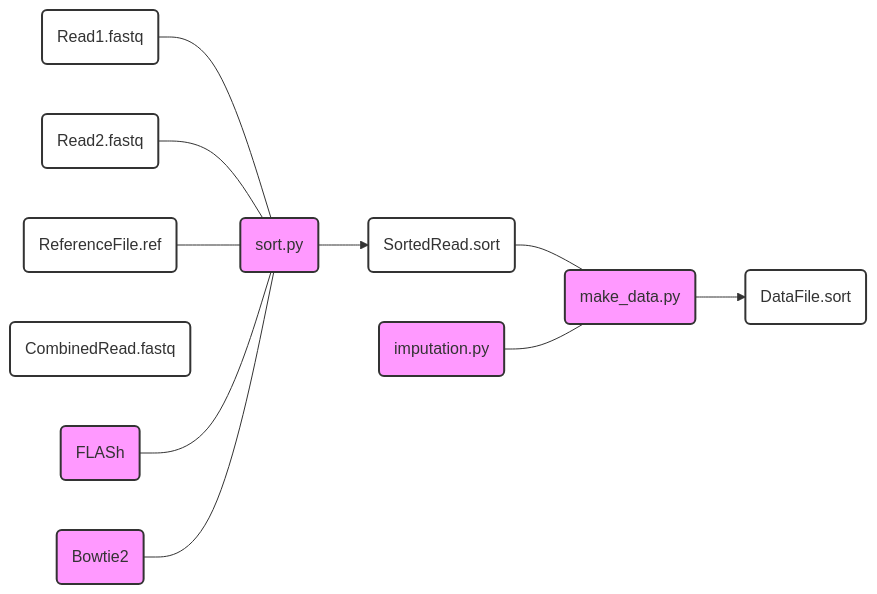
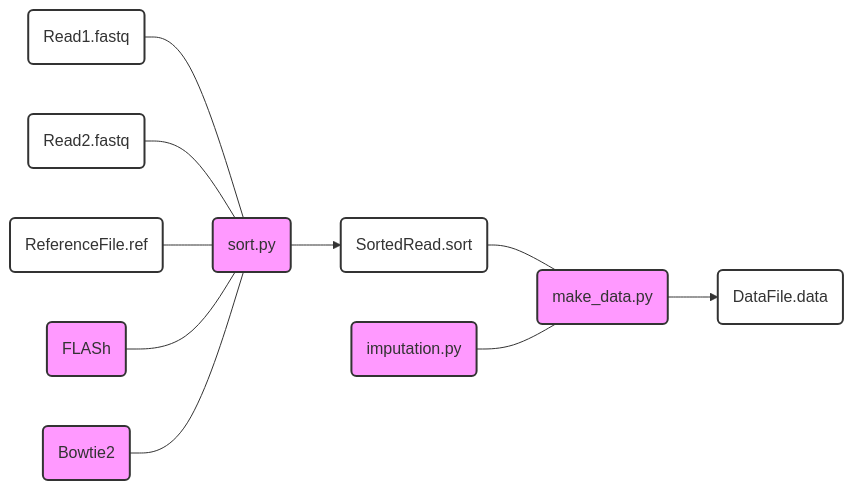
Before and after one commit to spark159/slide-seq: the diagram in README.md, drawn with Mermaid. The commit also changed other lines of this file, not shown here.

````diff
--- a/README.md
+++ b/README.md
@@ -11,32 +11,30 @@
 ```mermaid
 graph LR;
     classDef file fill:#FFF,stroke:#333,stroke-width:2px
     classDef script fill:#f9f,stroke:#333,stroke-width:2px
 
     Read1("Read1.fastq"):::file
     Read2("Read2.fastq"):::file
-
     RefFile("ReferenceFile.ref"):::file
 
-    CombinedRead("CombinedRead.fastq"):::file
     SortedRead("SortedRead.sort"):::file
 
     FLASh("FLASh"):::script
     Bowtie2("Bowtie2"):::script
     sort_script("sort.py"):::script
 
     Read1 & Read2 --- sort_script
     RefFile --- sort_script
     FLASh --- sort_script
     Bowtie2 --- sort_script
     sort_script --> SortedRead
 
-    DataFile("DataFile.sort"):::file
+    DataFile("DataFile.data"):::file
     makedata_script("make_data.py"):::script
     imputation_script("imputation.py"):::script
 
     SortedRead --- makedata_script
     imputation_script --- makedata_script
     makedata_script --> DataFile
 
 ```
````
